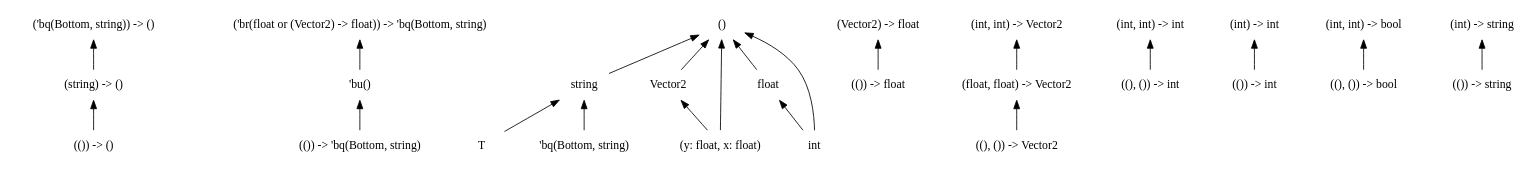
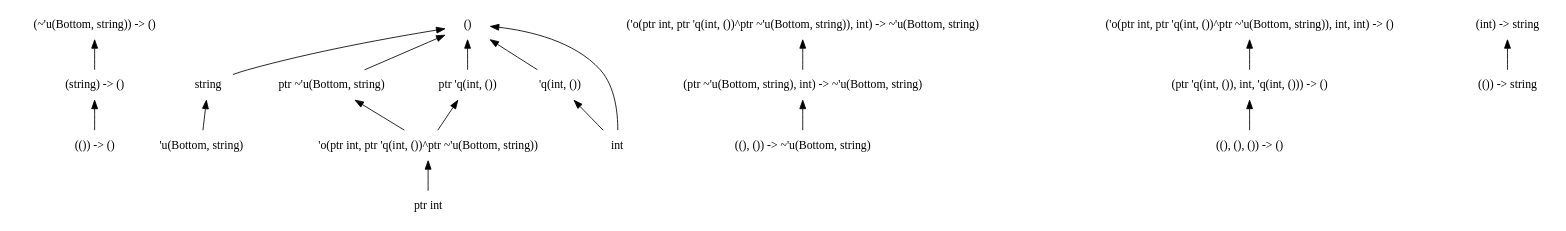
Before and after one commit to chocobo333/regino: the diagram in dots/11.dot, drawn with Graphviz. The commit also changed 48 other files, not shown here.

```diff
--- a/dots/11.dot
+++ b/dots/11.dot
@@ -1,58 +1,48 @@
 digraph order {
   graph [
     size = "30,10"
     ];
   node [
     shape = none
     ];
   edge [
     dir = back
     ];
   "(string) -> ()"
-  "('br(float or (Vector2) -> float)) -> 'bq(Bottom, string)"
   "(()) -> ()"
   "string"
-  "Vector2"
-  "(()) -> 'bq(Bottom, string)"
-  "'bu()"
-  "(()) -> float"
-  "T"
-  "'bq(Bottom, string)"
-  "((), ()) -> Vector2"
-  "(int, int) -> Vector2"
-  "((), ()) -> int"
-  "(int) -> int"
-  "(int, int) -> int"
+  "('o(ptr int, ptr 'q(int, ())^ptr ~'u(Bottom, string)), int) -> ~'u(Bottom, string)"
+  "((), ()) -> ~'u(Bottom, string)"
+  "(ptr ~'u(Bottom, string), int) -> ~'u(Bottom, string)"
+  "'u(Bottom, string)"
+  "ptr ~'u(Bottom, string)"
+  "(ptr 'q(int, ()), int, 'q(int, ())) -> ()"
+  "'q(int, ())"
   "()"
-  "(int, int) -> bool"
-  "(float, float) -> Vector2"
+  "ptr 'q(int, ())"
+  "'o(ptr int, ptr 'q(int, ())^ptr ~'u(Bottom, string))"
+  "ptr int"
+  "((), (), ()) -> ()"
   "(()) -> string"
-  "(Vector2) -> float"
-  "(y: float, x: float)"
+  "(~'u(Bottom, string)) -> ()"
   "(int) -> string"
-  "float"
-  "('bq(Bottom, string)) -> ()"
-  "(()) -> int"
+  "('o(ptr int, ptr 'q(int, ())^ptr ~'u(Bottom, string)), int, int) -> ()"
   "int"
-  "((), ()) -> bool"
   "(string) -> ()" -> "(()) -> ()"
-  "('br(float or (Vector2) -> float)) -> 'bq(Bottom, string)" -> "'bu()"
-  "string" -> "T"
-  "string" -> "'bq(Bottom, string)"
-  "Vector2" -> "(y: float, x: float)"
-  "'bu()" -> "(()) -> 'bq(Bottom, string)"
-  "(int, int) -> Vector2" -> "(float, float) -> Vector2"
-  "(int) -> int" -> "(()) -> int"
-  "(int, int) -> int" -> "((), ()) -> int"
+  "string" -> "'u(Bottom, string)"
+  "('o(ptr int, ptr 'q(int, ())^ptr ~'u(Bottom, string)), int) -> ~'u(Bottom, string)" -> "(ptr ~'u(Bottom, string), int) -> ~'u(Bottom, string)"
+  "(~'u(Bottom, string)) -> ()" -> "(string) -> ()"
+  "(ptr ~'u(Bottom, string), int) -> ~'u(Bottom, string)" -> "((), ()) -> ~'u(Bottom, string)"
+  "(int) -> string" -> "(()) -> string"
+  "('o(ptr int, ptr 'q(int, ())^ptr ~'u(Bottom, string)), int, int) -> ()" -> "(ptr 'q(int, ()), int, 'q(int, ())) -> ()"
+  "ptr ~'u(Bottom, string)" -> "'o(ptr int, ptr 'q(int, ())^ptr ~'u(Bottom, string))"
+  "(ptr 'q(int, ()), int, 'q(int, ())) -> ()" -> "((), (), ()) -> ()"
+  "'q(int, ())" -> "int"
+  "()" -> "'q(int, ())"
+  "()" -> "ptr 'q(int, ())"
+  "()" -> "ptr ~'u(Bottom, string)"
+  "()" -> "int"
   "()" -> "string"
-  "()" -> "Vector2"
-  "()" -> "(y: float, x: float)"
-  "()" -> "float"
-  "()" -> "int"
-  "(int, int) -> bool" -> "((), ()) -> bool"
-  "(float, float) -> Vector2" -> "((), ()) -> Vector2"
-  "(Vector2) -> float" -> "(()) -> float"
-  "(int) -> string" -> "(()) -> string"
-  "float" -> "int"
-  "('bq(Bottom, string)) -> ()" -> "(string) -> ()"
+  "ptr 'q(int, ())" -> "'o(ptr int, ptr 'q(int, ())^ptr ~'u(Bottom, string))"
+  "'o(ptr int, ptr 'q(int, ())^ptr ~'u(Bottom, string))" -> "ptr int"
 }
```
